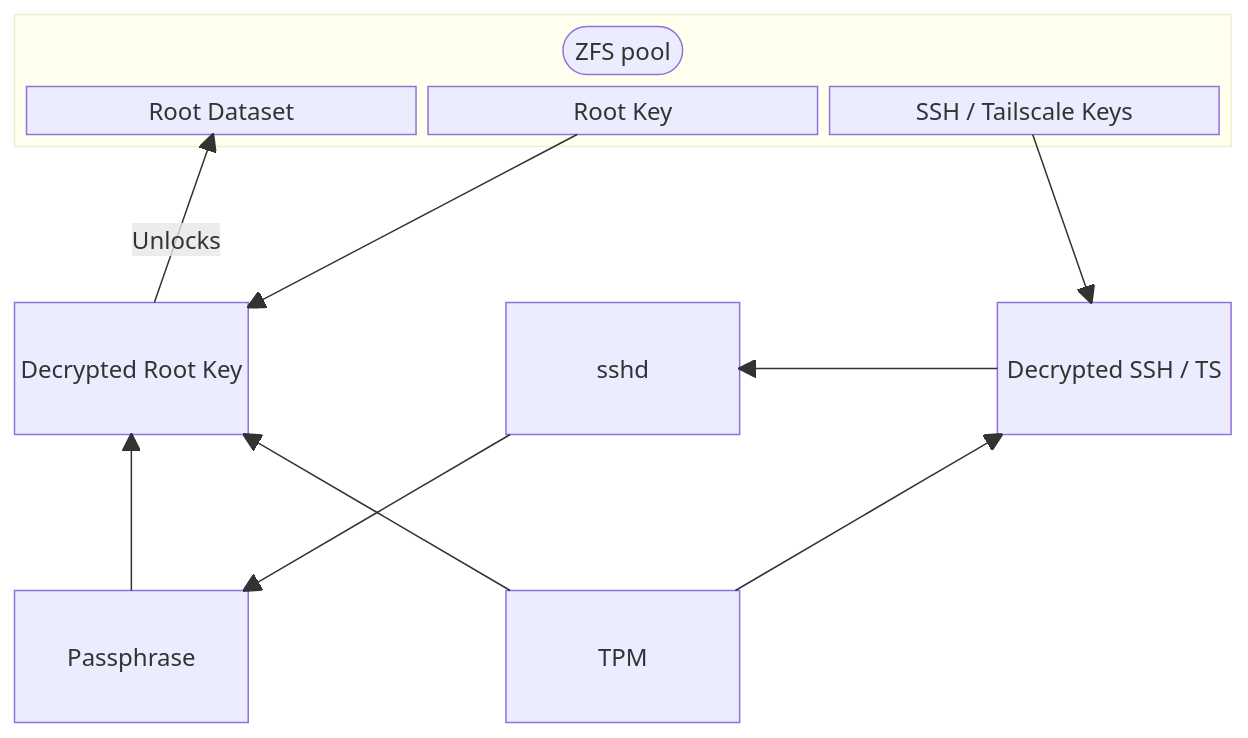
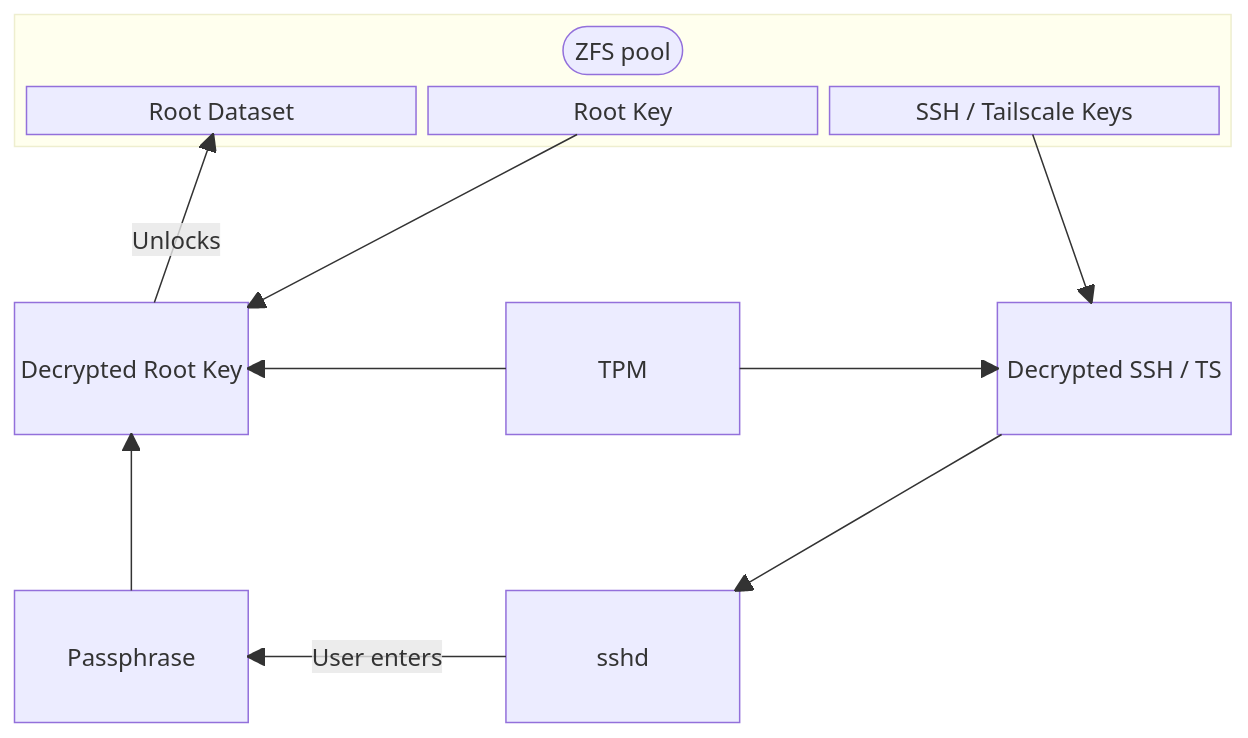
The diagram in README.md (ElvishJerricco/stage1-tpm-tailscale), drawn with Mermaid before and after one commit.

Commit message:
Slightly better diagram

````diff
--- a/README.md
+++ b/README.md
@@ -4,31 +4,31 @@
 ```mermaid
 block-beta
   columns 5
   block:pool:5
     columns 3
     space:1
     t(["ZFS pool"])
     space:1
     r["Root Dataset"]
     rvol["Root Key"]
     svol["SSH / Tailscale Keys"]
   end
   space:5
   rkey["Decrypted Root Key"]
   space
-  sshd
+  TPM
   space
   skey["Decrypted SSH / TS"]
-  skey --> sshd
   rvol --> rkey
   rkey --"Unlocks"--> r
   svol --> skey
+  TPM --> skey
+  TPM --> rkey
   space:5
   Passphrase
   space
-  TPM
-  TPM --> skey
-  TPM --> rkey
+  sshd
   Passphrase --> rkey
-  sshd --> Passphrase
+  sshd --"User enters"--> Passphrase
+  skey --> sshd
 ```
````
